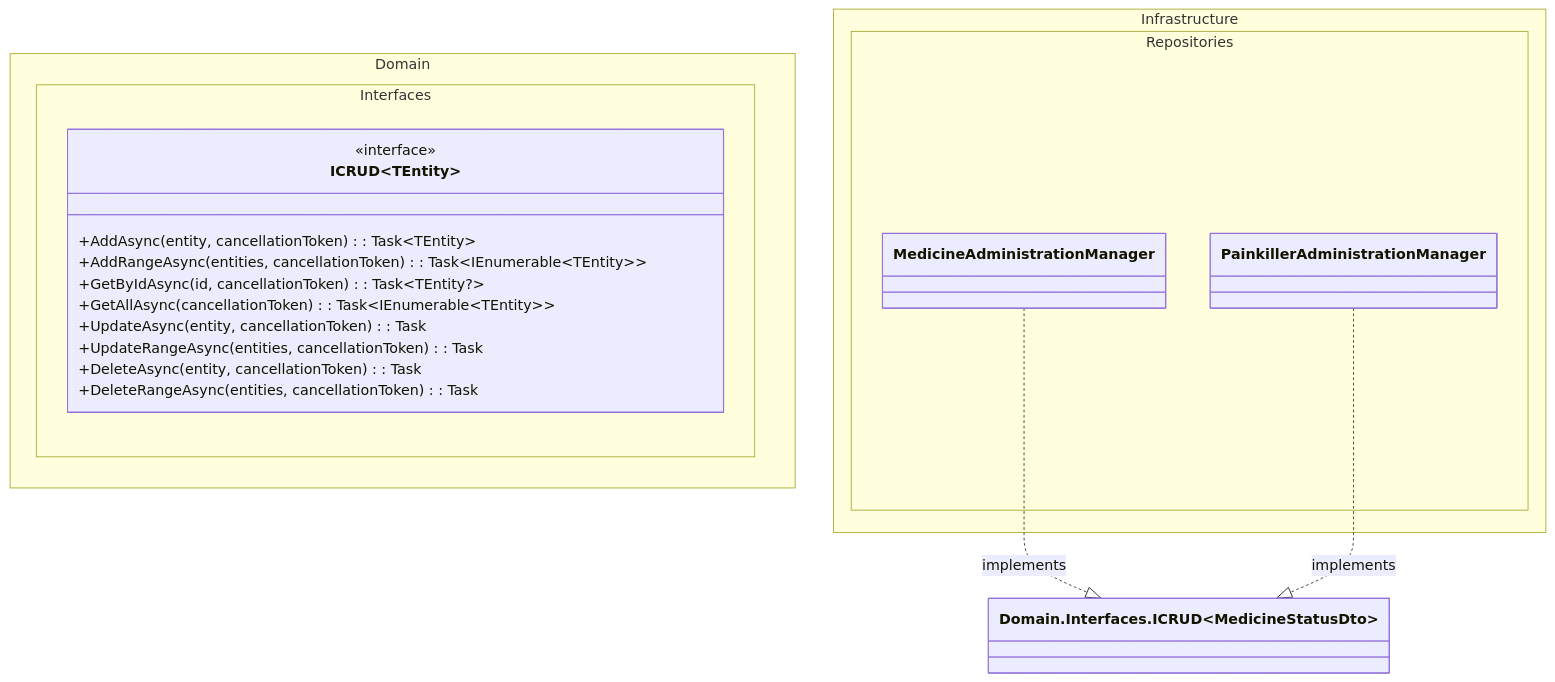
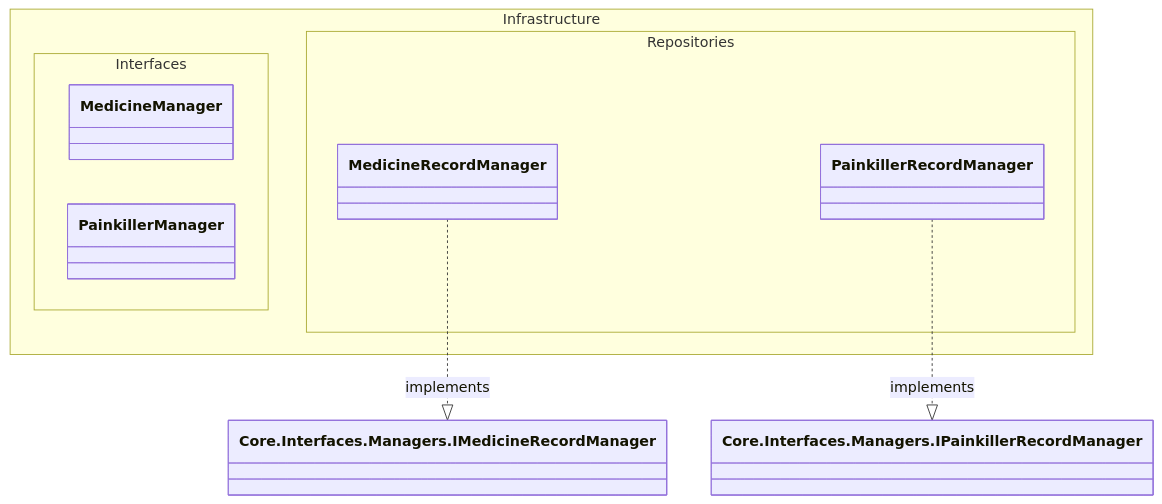
The third of 3 diagrams in docs/use-cases/uc-003-medicine_status/uc-003.dcd.md (DMOoF25-Team6/Slottets-Drifttavlen), drawn with Mermaid before and after one commit. The commit also changed other lines of this file and 63 other files, not shown here.

````diff
--- a/docs/use-cases/uc-003-medicine_status/uc-003.dcd.md
+++ b/docs/use-cases/uc-003-medicine_status/uc-003.dcd.md
@@ -87,26 +140,21 @@
 ```mermaid
 %% Infrastructure Layer for UC-003
 classDiagram
   direction TB
-  namespace Domain.Interfaces {
-    class ICRUD~TEntity~ {
-      <<interface>>
-      +AddAsync(entity, cancellationToken): Task~TEntity~
-      +AddRangeAsync(entities, cancellationToken): Task~IEnumerable~TEntity~~
-      +GetByIdAsync(id, cancellationToken): Task~TEntity?~
-      +GetAllAsync(cancellationToken): Task~IEnumerable~TEntity~~
-      +UpdateAsync(entity, cancellationToken): Task
-      +UpdateRangeAsync(entities, cancellationToken): Task
-      +DeleteAsync(entity, cancellationToken): Task
-      +DeleteRangeAsync(entities, cancellationToken): Task
+  namespace Infrastructure.Interfaces {
+    class MedicineManager {
+    }
+    class PainkillerManager {
     }
   }
+
   namespace Infrastructure.Repositories {
-    class MedicineAdministrationManager {
+    class MedicineRecordManager {
     }
-    class PainkillerAdministrationManager {
+    class PainkillerRecordManager {
     }
   }
-  MedicineAdministrationManager ..|> Domain.Interfaces.ICRUD~MedicineStatusDto~ : implements
-  PainkillerAdministrationManager ..|> Domain.Interfaces.ICRUD~PainkillerStatusDto~ : implements
+  MedicineRecordManager ..|> Core.Interfaces.Managers.IMedicineRecordManager : implements
+  PainkillerRecordManager ..|> Core.Interfaces.Managers.IPainkillerRecordManager : implements
+  Med
 ```
````
